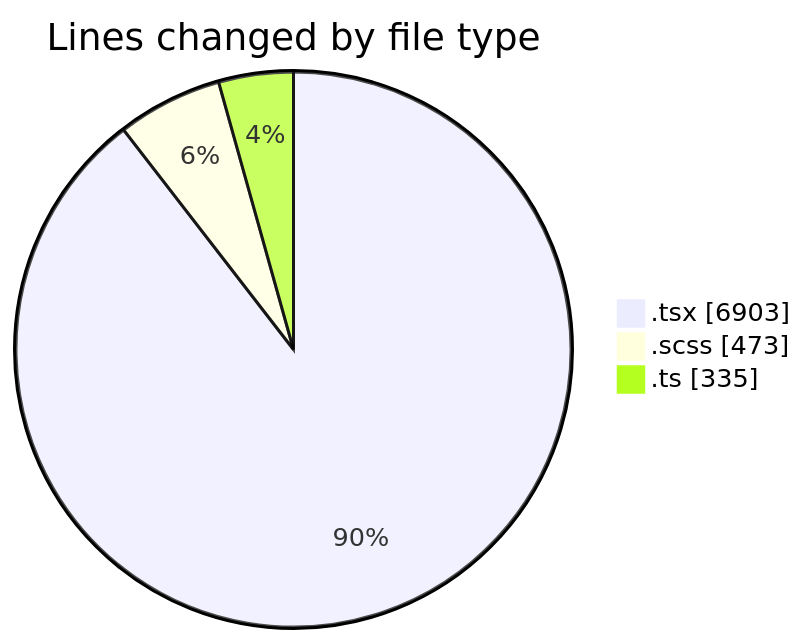
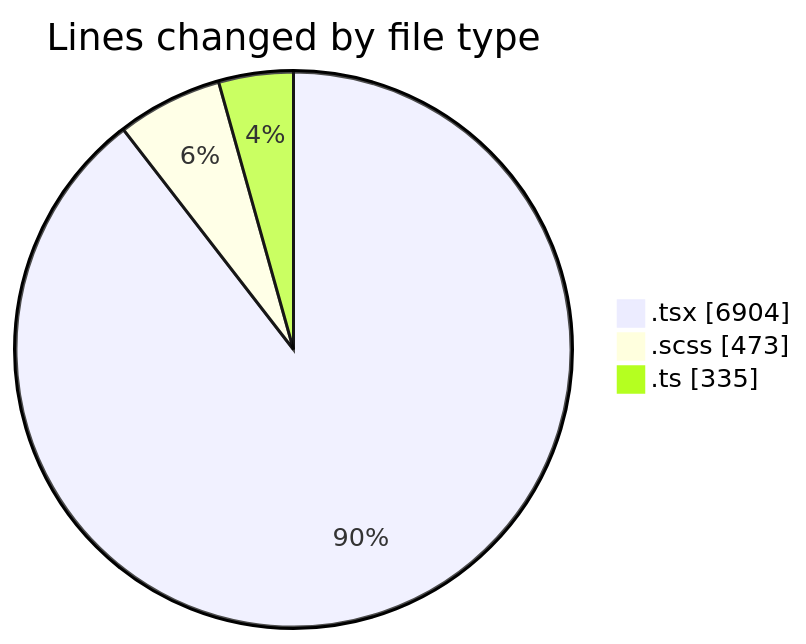
Before and after one commit to momahboobian/code-tracking: the first of 2 diagrams in 2025-07-03/cda/README.md, drawn with Mermaid. The commit also changed other lines of this file and 1 other file, not shown here.

````diff
--- a/2025-07-03/cda/README.md
+++ b/2025-07-03/cda/README.md
@@ -44,7 +44,7 @@
 ```mermaid
 pie showData
 title Lines changed by file type
-".tsx" : 6903
+".tsx" : 6904
 ".scss" : 473
 ".ts" : 335
 ```
````
